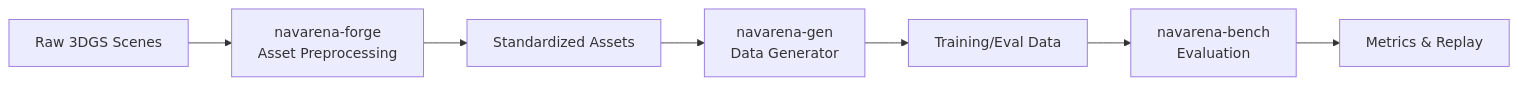
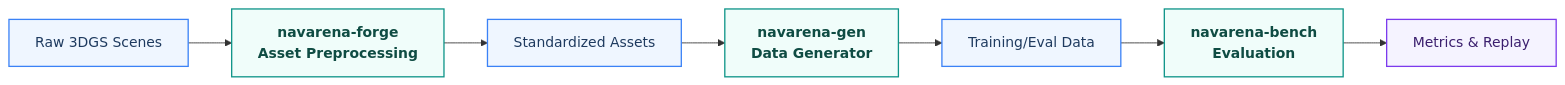
Before and after one commit to EI-Nav/NavArena-Doc: the diagram in docs/en/index.md, drawn with Mermaid. The commit also changed 7 other files, not shown here.

````diff
--- a/docs/en/index.md
+++ b/docs/en/index.md
@@ -46,9 +46,13 @@
 ```mermaid
 flowchart LR
-    A["Raw 3DGS Scenes"] --> B["navarena-forge\nAsset Preprocessing"]
-    B --> C["Standardized Assets"]
-    C --> D["navarena-gen\nData Generator"]
-    D --> E["Training/Eval Data"]
-    E --> F["navarena-bench\nEvaluation"]
-    F --> G["Metrics & Replay"]
+    classDef data    fill:#EFF6FF,stroke:#3B82F6,stroke-width:1.5px,color:#1E3A5F
+    classDef module  fill:#F0FDFA,stroke:#0D9488,stroke-width:1.5px,color:#0F4C43,font-weight:600
+    classDef output  fill:#F5F3FF,stroke:#7C3AED,stroke-width:1.5px,color:#3B1F6E
+
+    A["Raw 3DGS Scenes"]:::data --> B["navarena-forge\nAsset Preprocessing"]:::module
+    B --> C["Standardized Assets"]:::data
+    C --> D["navarena-gen\nData Generator"]:::module
+    D --> E["Training/Eval Data"]:::data
+    E --> F["navarena-bench\nEvaluation"]:::module
+    F --> G["Metrics & Replay"]:::output
 ```
````
